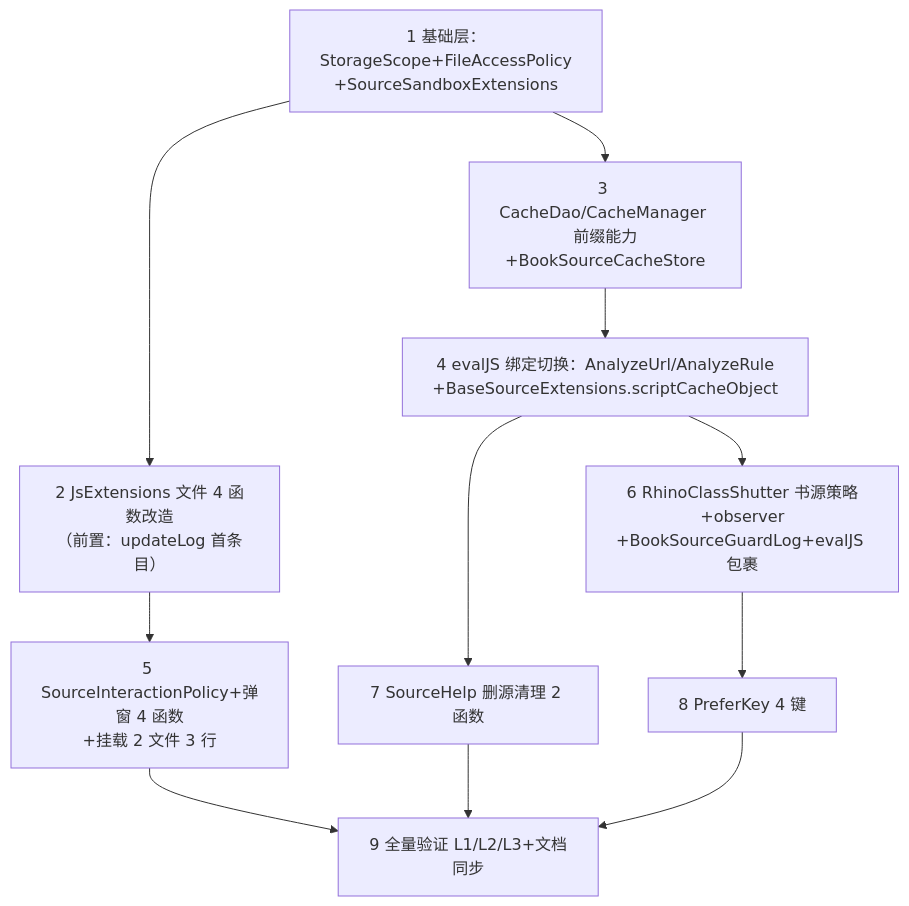
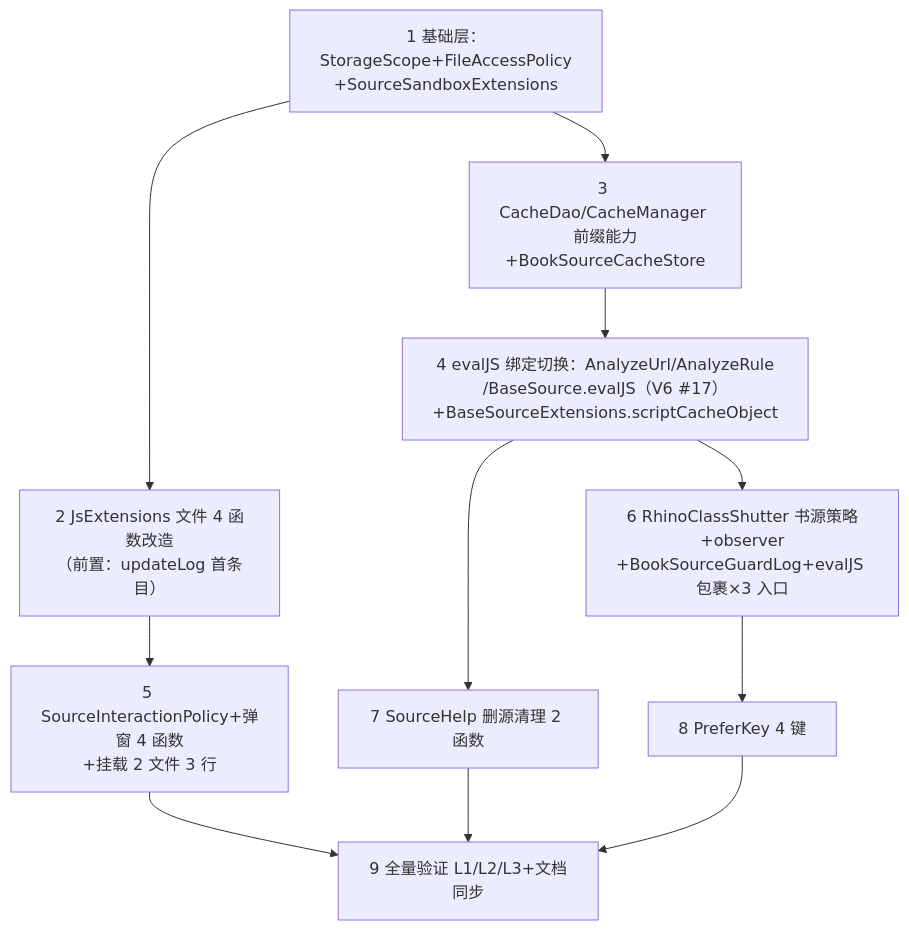
Before and after one commit to legado-backup/legado-m: the third of 3 diagrams in docs/specs/ng-benchmark-analysis/migration-designs/P0-source-security-hardening.md, drawn with Mermaid. The commit also changed other lines of this file and 61 other files, not shown here.

````diff
--- a/docs/specs/ng-benchmark-analysis/migration-designs/P0-source-security-hardening.md
+++ b/docs/specs/ng-benchmark-analysis/migration-designs/P0-source-security-hardening.md
@@ -488,13 +509,13 @@
 ```mermaid
 graph TD
     S1[1 基础层：StorageScope+FileAccessPolicy<br/>+SourceSandboxExtensions] --> S2[2 JsExtensions 文件 4 函数改造<br/>（前置：updateLog 首条目）]
     S1 --> S3[3 CacheDao/CacheManager 前缀能力<br/>+BookSourceCacheStore]
-    S3 --> S4[4 evalJS 绑定切换：AnalyzeUrl/AnalyzeRule<br/>+BaseSourceExtensions.scriptCacheObject]
+    S3 --> S4[4 evalJS 绑定切换：AnalyzeUrl/AnalyzeRule<br/>/BaseSource.evalJS（V6 #17）<br/>+BaseSourceExtensions.scriptCacheObject]
     S2 --> S5[5 SourceInteractionPolicy+弹窗 4 函数<br/>+挂载 2 文件 3 行]
-    S4 --> S6[6 RhinoClassShutter 书源策略+observer<br/>+BookSourceGuardLog+evalJS 包裹]
+    S4 --> S6[6 RhinoClassShutter 书源策略+observer<br/>+BookSourceGuardLog+evalJS 包裹×3 入口]
     S4 --> S7[7 SourceHelp 删源清理 2 函数]
     S6 --> S8[8 PreferKey 4 键]
     S5 --> S9[9 全量验证 L1/L2/L3+文档同步]
     S7 --> S9
     S8 --> S9
 ```
````
